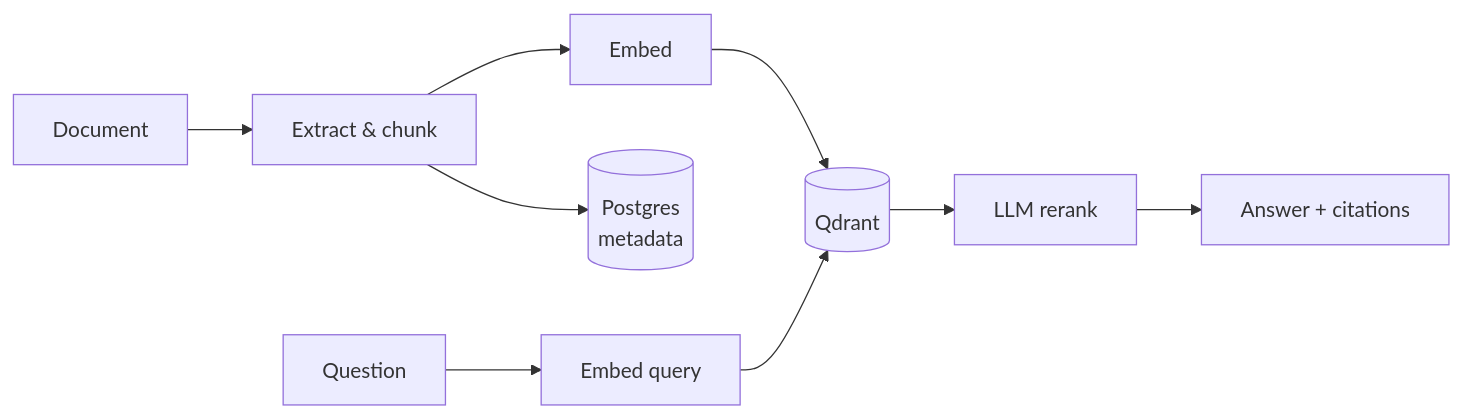
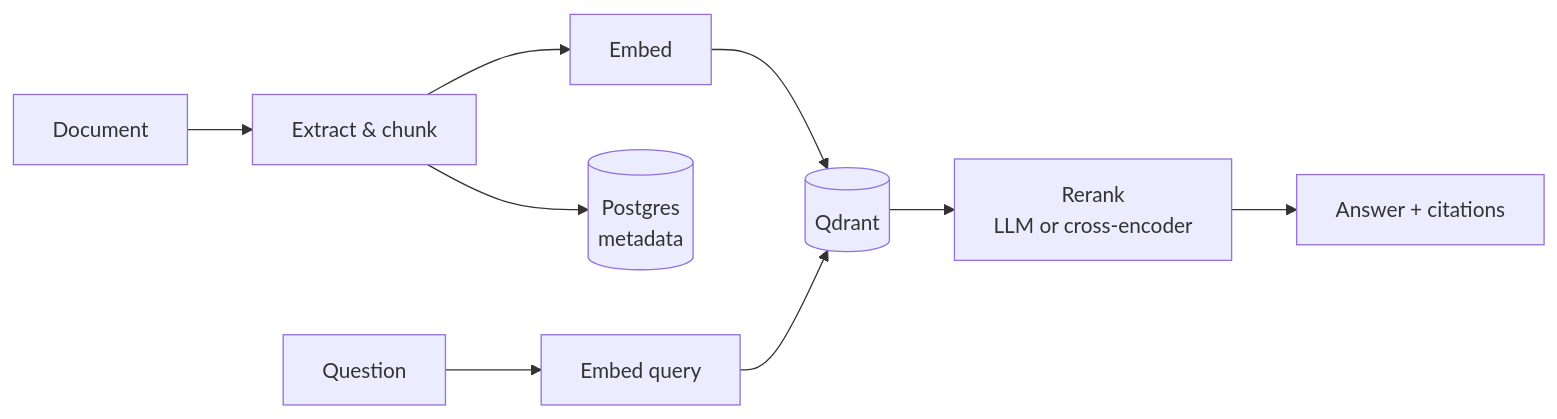
One commit to AmitojSK/Enterprise-RAG changed the first of 2 diagrams in README.md. Above: the diagram before and after it, drawn with Mermaid. The commit also changed other lines of this file and 8 other files, not shown here.

Commit message:
reranking updated to cohere cross encoder

````diff
--- a/README.md
+++ b/README.md
@@ -19,11 +19,11 @@
 ```mermaid
 flowchart LR
   U[Document] --> P[Extract & chunk]
   P --> E[Embed]
   E --> Q[(Qdrant)]
   P --> M[(Postgres<br/>metadata)]
   QU[Question] --> QE[Embed query]
   QE --> Q
-  Q --> R[LLM rerank]
+  Q --> R[Rerank<br/>LLM or cross-encoder]
   R --> A[Answer + citations]
 ```
````
